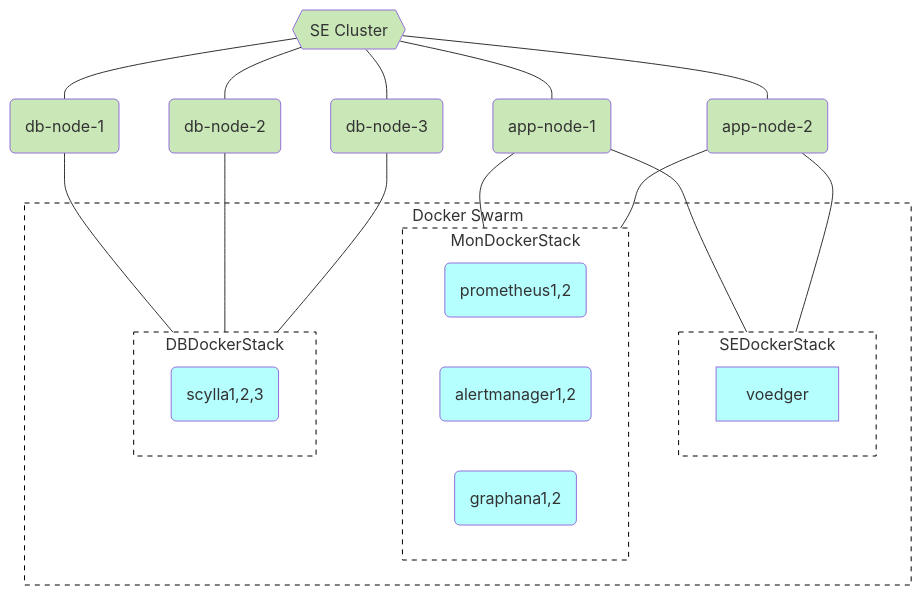
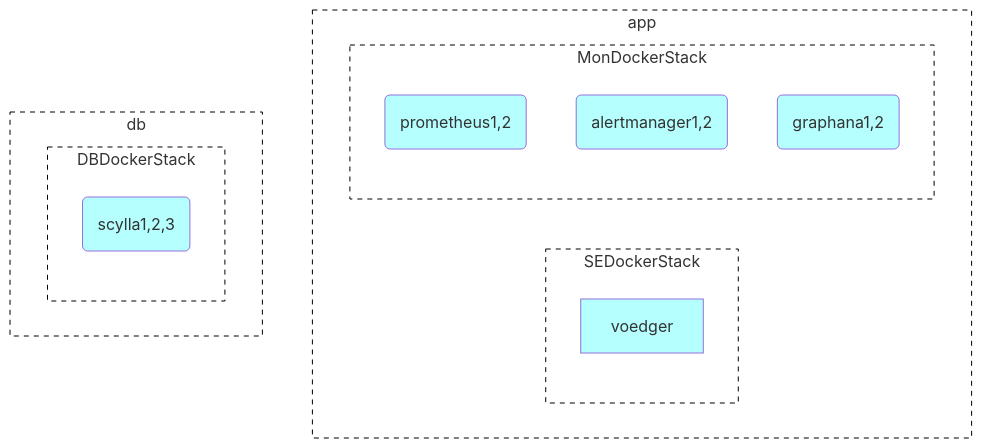
One commit to voedger/voedger-internals changed the second of 3 diagrams in server/design/c2.n5.md. Above: the diagram before and after it, drawn with Mermaid. The commit also changed other lines of this file and 1 other file, not shown here.

Commit message:
Enhance documentation for Standard Edition architecture with detailed node configurations and updated diagrams

````diff
--- a/server/design/c2.n5.md
+++ b/server/design/c2.n5.md
@@ -18,52 +46,35 @@
 ```mermaid
   flowchart TD
 
-  SECluster{{SE Cluster}}:::H
-  AppNode1("app-node-1"):::H
-  AppNode2("app-node-2"):::H
-  DBNode1("db-node-1"):::H
-  DBNode2("db-node-2"):::H
-  DBNode3("db-node-3"):::H
+  app:::G
+  subgraph app
 
-  DockerSwarm:::G
-  subgraph DockerSwarm["Docker Swarm"]
     SEDockerStack:::G
     
     subgraph SEDockerStack
       voedger:::S
     end
 
     MonDockerStack("Monitoring Docker Stack"):::G
     subgraph MonDockerStack
       prometheus("prometheus1,2"):::S
       alertmanager("alertmanager1,2"):::S
       graphana("graphana1,2"):::S
     end
+  end
 
-    DBDockerStack("DB Docker Stack"):::G
+  db:::G
+  subgraph db
+    DBDockerStack:::G
     subgraph DBDockerStack
       scylla("scylla1,2,3"):::S
     end
   end
 
-  SECluster --- AppNode1
-  SECluster --- AppNode2
-  SECluster --- DBNode1
-  SECluster --- DBNode2
-  SECluster --- DBNode3
-
-  AppNode1 --- SEDockerStack
-  AppNode2 --- SEDockerStack
-  AppNode1 --- MonDockerStack
-  AppNode2 --- MonDockerStack
-
-  DBNode1 --- DBDockerStack
-  DBNode2 --- DBDockerStack
-  DBNode3 --- DBDockerStack
 
 
   classDef G fill:#FFFFFF,stroke:#000000, stroke-width:1px, stroke-dasharray: 5 5
   classDef B fill:#FFFFB5,color:#333
   classDef S fill:#B5FFFF
   classDef H fill:#C9E7B7
 ```
````
